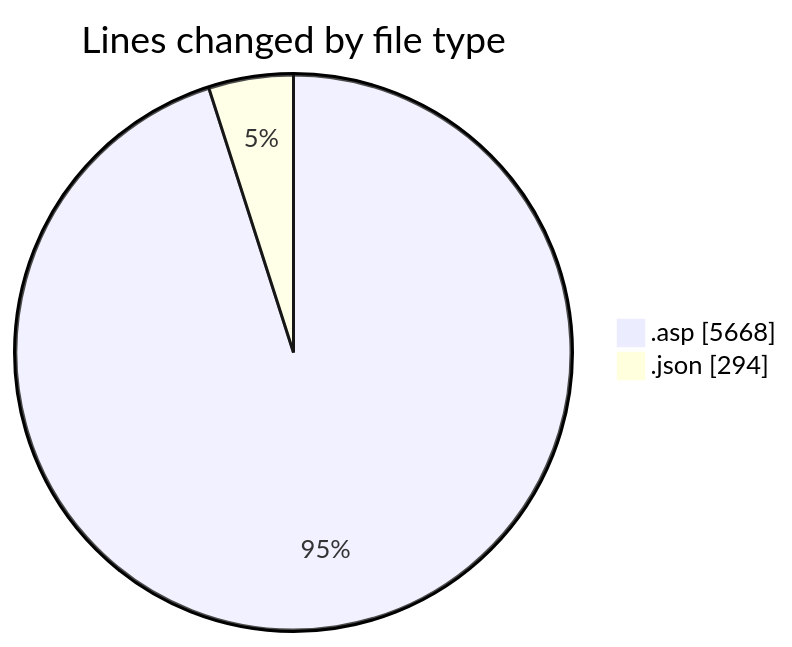
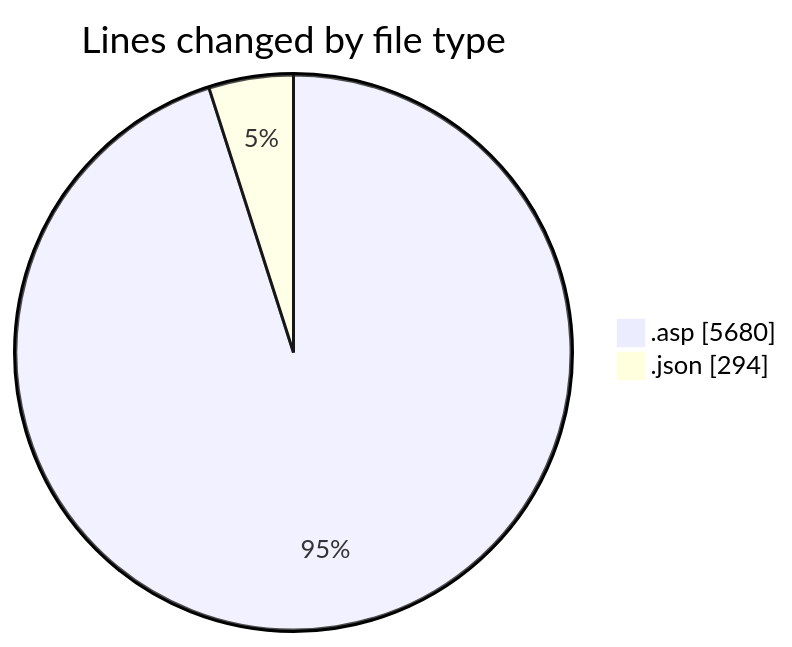
The first of 2 diagrams in 2025-10-27/usr_aleoudev_fr__workspace_/README.md (julien-gomy/code-tracking), drawn with Mermaid before and after one commit. The commit also changed other lines of this file and 1 other file, not shown here.

````diff
--- a/2025-10-27/usr_aleoudev_fr__workspace_/README.md
+++ b/2025-10-27/usr_aleoudev_fr__workspace_/README.md
@@ -27,6 +27,6 @@
 ```mermaid
 pie showData
 title Lines changed by file type
-".asp" : 5668
+".asp" : 5680
 ".json" : 294
 ```
````
